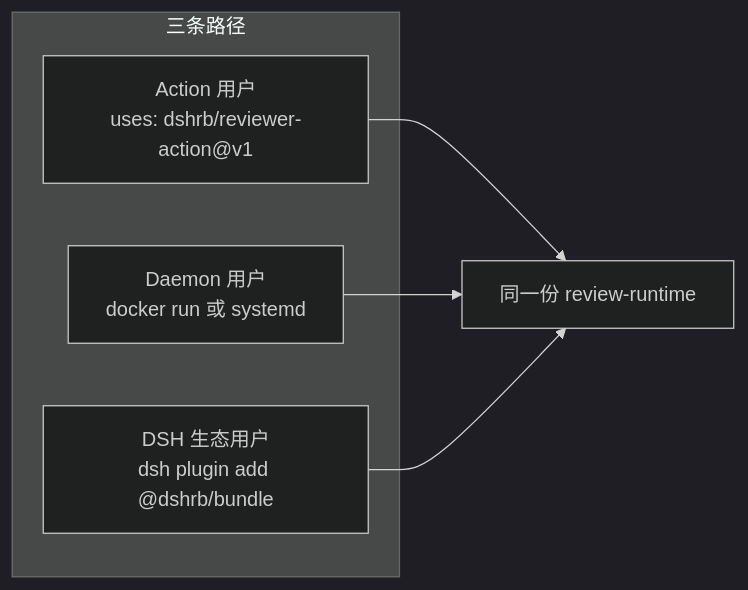
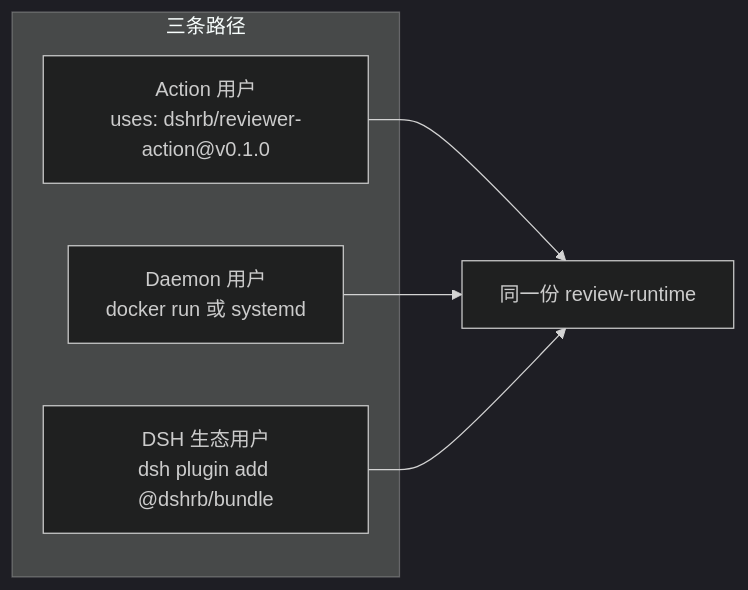
One commit to chaojixinren/dsh-reviewer-bot changed the fourth of 5 diagrams in docs/05-plugin-composition.md. Above: the diagram before and after it, drawn with Mermaid (dark theme). The commit also changed 4 other files, not shown here.

````diff
--- a/docs/05-plugin-composition.md
+++ b/docs/05-plugin-composition.md
@@ -135,9 +135,9 @@
 ```mermaid
 flowchart LR
     subgraph 三条路径
-        A["Action 用户<br/>uses: dshrb/reviewer-action@v1"]
+        A["Action 用户<br/>uses: dshrb/reviewer-action@v0.1.0"]
         B["Daemon 用户<br/>docker run 或 systemd"]
         C["DSH 生态用户<br/>dsh plugin add @dshrb/bundle"]
     end
     A & B & C --> SAME["同一份 review-runtime"]
 ```
````
